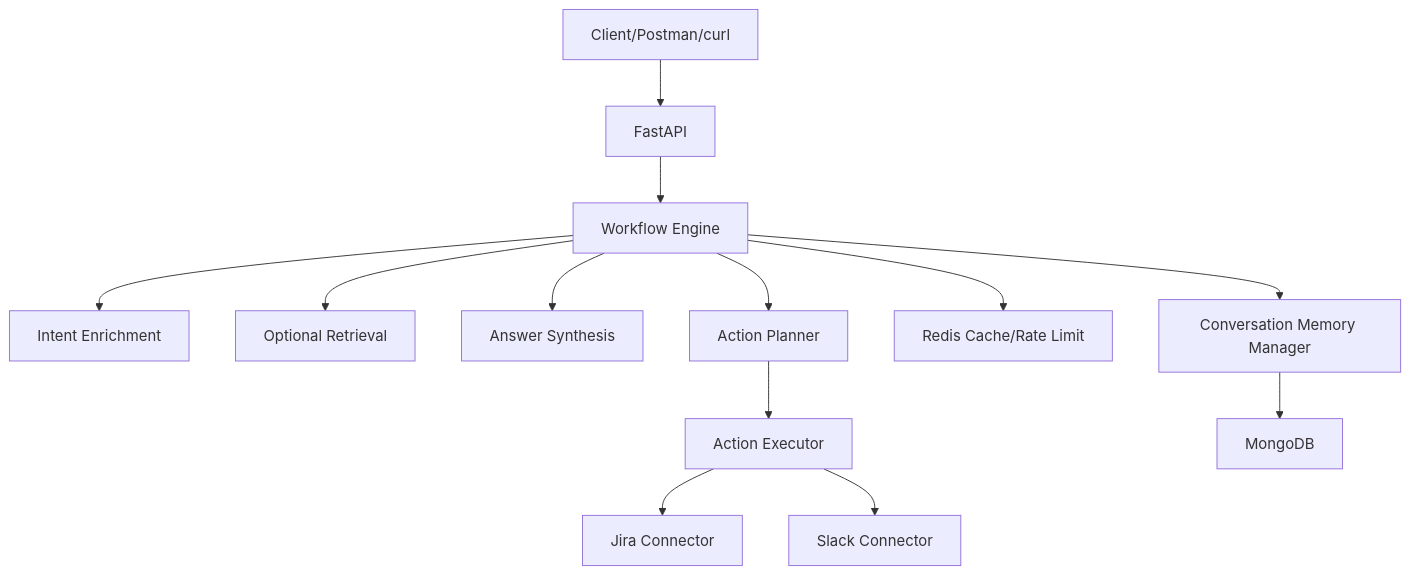
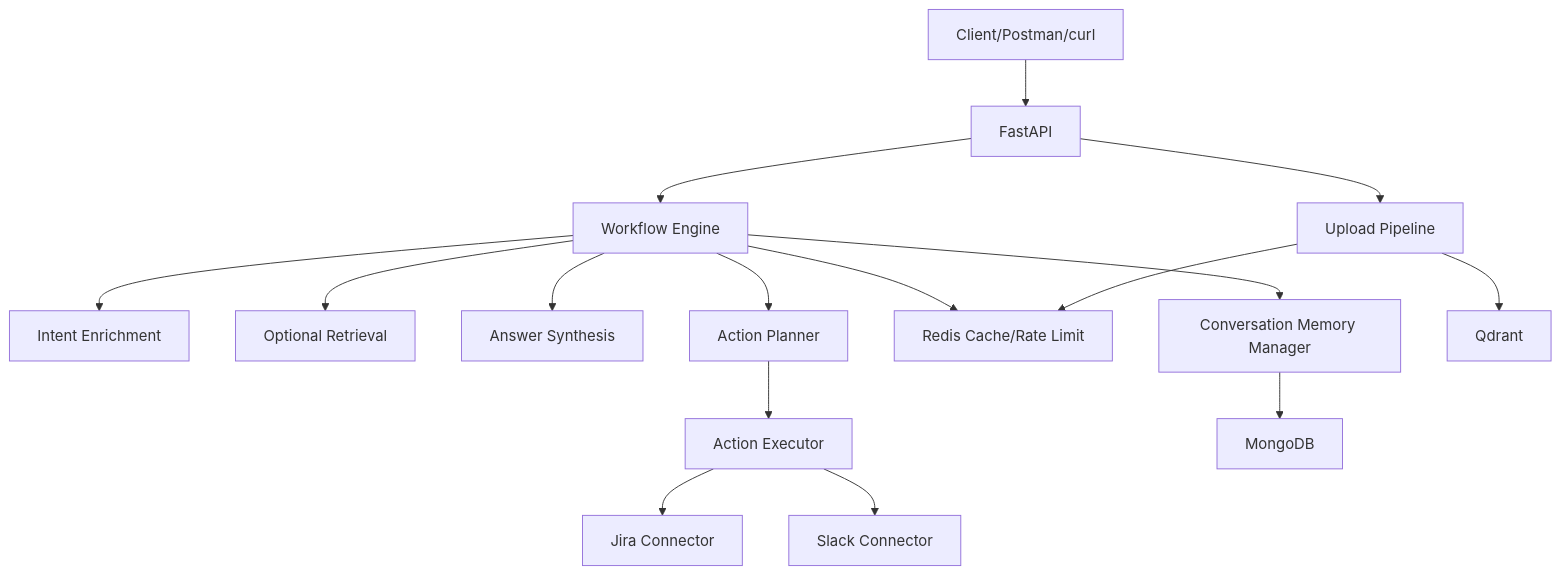
Before and after one commit to thanhit08/aiagt-aia: the second of 5 diagrams in docs/diagram.md, drawn with Mermaid. The commit also changed other lines of this file and 13 other files, not shown here.

First line of the commit message:
feat(upload,rag): split file ingestion pipeline and add file_id-scoped retrieval

````diff
--- a/docs/diagram.md
+++ b/docs/diagram.md
@@ -21,15 +21,18 @@
 ```mermaid
 flowchart TB
     Client[Client/Postman/curl] --> API[FastAPI]
     API --> Graph[Workflow Engine]
     Graph --> Enrich[Intent Enrichment]
     Graph --> RAG[Optional Retrieval]
     Graph --> Synth[Answer Synthesis]
     Graph --> Planner[Action Planner]
     Planner --> Exec[Action Executor]
     Graph --> Cache[Redis Cache/Rate Limit]
     Graph --> Memory[Conversation Memory Manager]
     Memory --> Mongo[MongoDB]
+    API --> Upload[Upload Pipeline]
+    Upload --> Cache
+    Upload --> Qdrant
     Exec --> Jira[Jira Connector]
     Exec --> Slack[Slack Connector]
 ```
````
